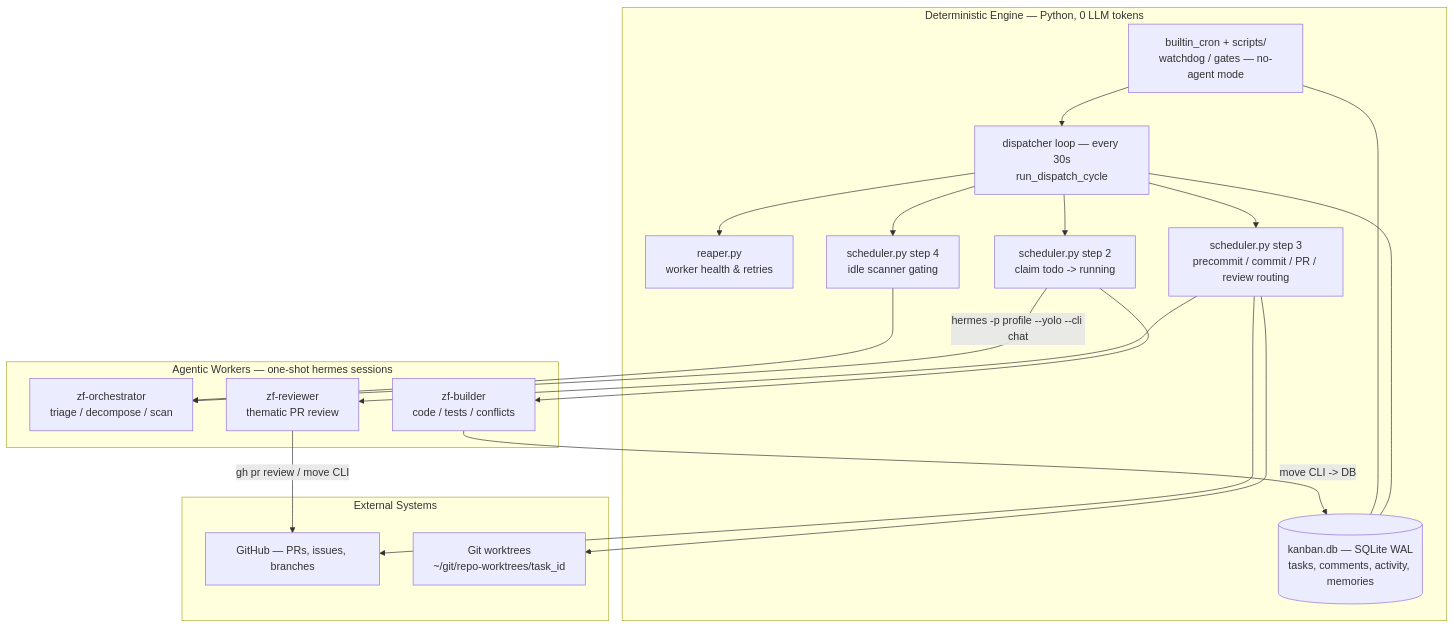
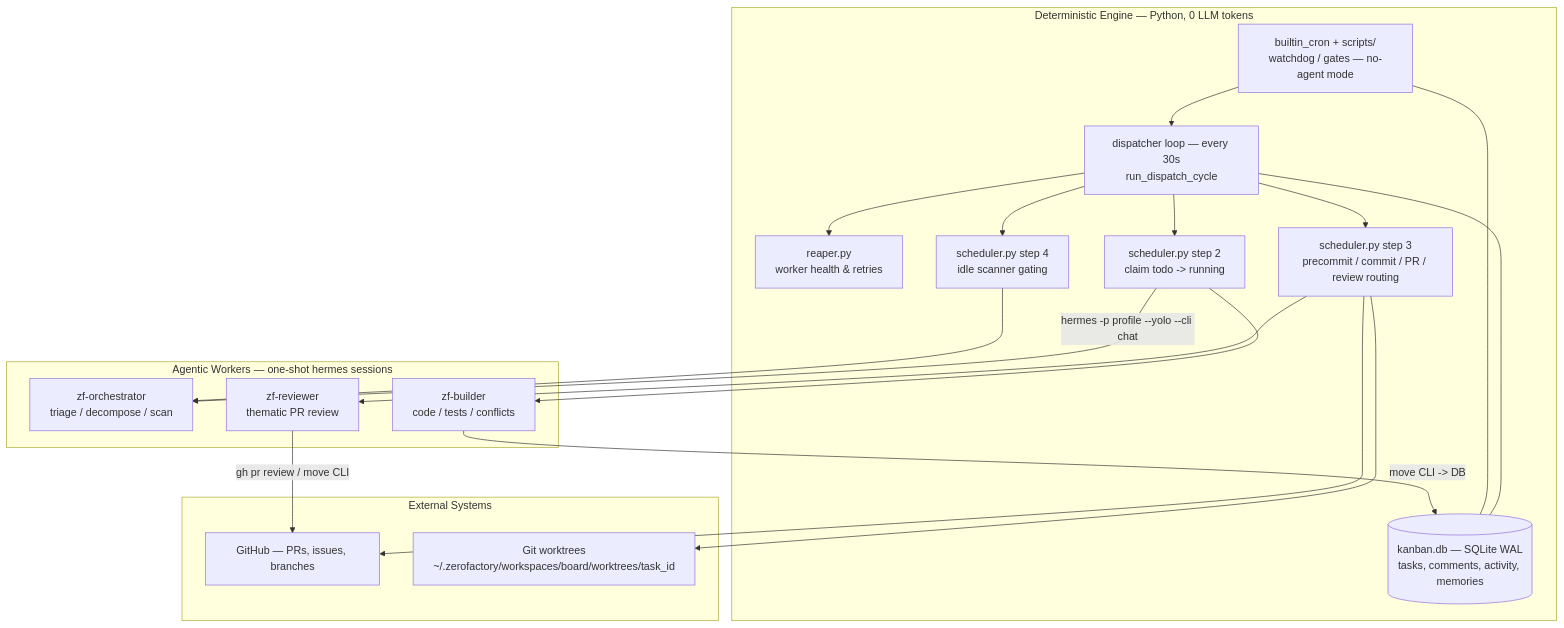
One commit to hotcode-dev/zerofactory changed the first of 11 diagrams in docs/FLOWS.md. Above: the diagram before and after it, drawn with Mermaid. The commit also changed other lines of this file and 17 other files, not shown here.

Commit message:
refactor: migrate repository and worktree paths to centralized .zerofactory/workspaces structure

````diff
--- a/docs/FLOWS.md
+++ b/docs/FLOWS.md
@@ -16,33 +16,33 @@
 ```mermaid
 flowchart TD
     subgraph DET["Deterministic Engine — Python, 0 LLM tokens"]
         LOOP["dispatcher loop — every 30s<br/>run_dispatch_cycle"] --> REAP["reaper.py<br/>worker health & retries"]
         LOOP --> CLAIM["scheduler.py step 2<br/>claim todo -> running"]
         LOOP --> PR["scheduler.py step 3<br/>precommit / commit / PR / review routing"]
         LOOP --> SCAN["scheduler.py step 4<br/>idle scanner gating"]
         CRON["builtin_cron + scripts/<br/>watchdog / gates — no-agent mode"] --> LOOP
         DB[("kanban.db — SQLite WAL<br/>tasks, comments, activity, memories")]
         LOOP --- DB
         CRON --- DB
     end
 
     subgraph AGENTS["Agentic Workers — one-shot hermes sessions"]
         ORCH["zf-orchestrator<br/>triage / decompose / scan"]
         BLD["zf-builder<br/>code / tests / conflicts"]
         REV["zf-reviewer<br/>thematic PR review"]
     end
 
     subgraph EXT["External Systems"]
         GH["GitHub — PRs, issues, branches"]
-        WS["Git worktrees<br/>~/git/repo-worktrees/task_id"]
+        WS["Git worktrees<br/>~/.zerofactory/workspaces/board/worktrees/task_id"]
     end
 
     CLAIM -->|"hermes -p profile --yolo --cli chat"| ORCH
     CLAIM --> BLD
     PR --> REV
     BLD -->|"move CLI -> DB"| DB
     REV -->|"gh pr review / move CLI"| GH
     PR --> GH
     PR --> WS
     SCAN --> ORCH
 ```
````
